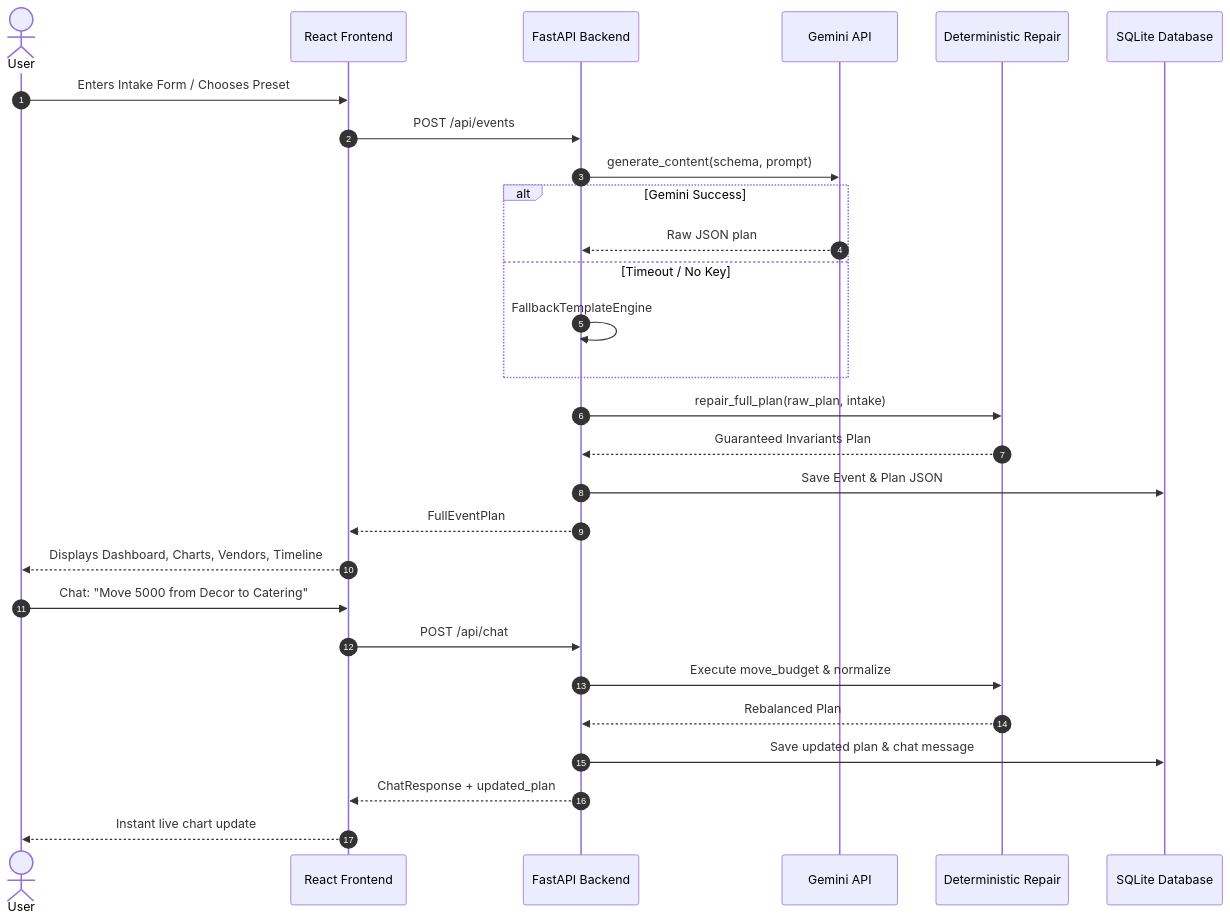
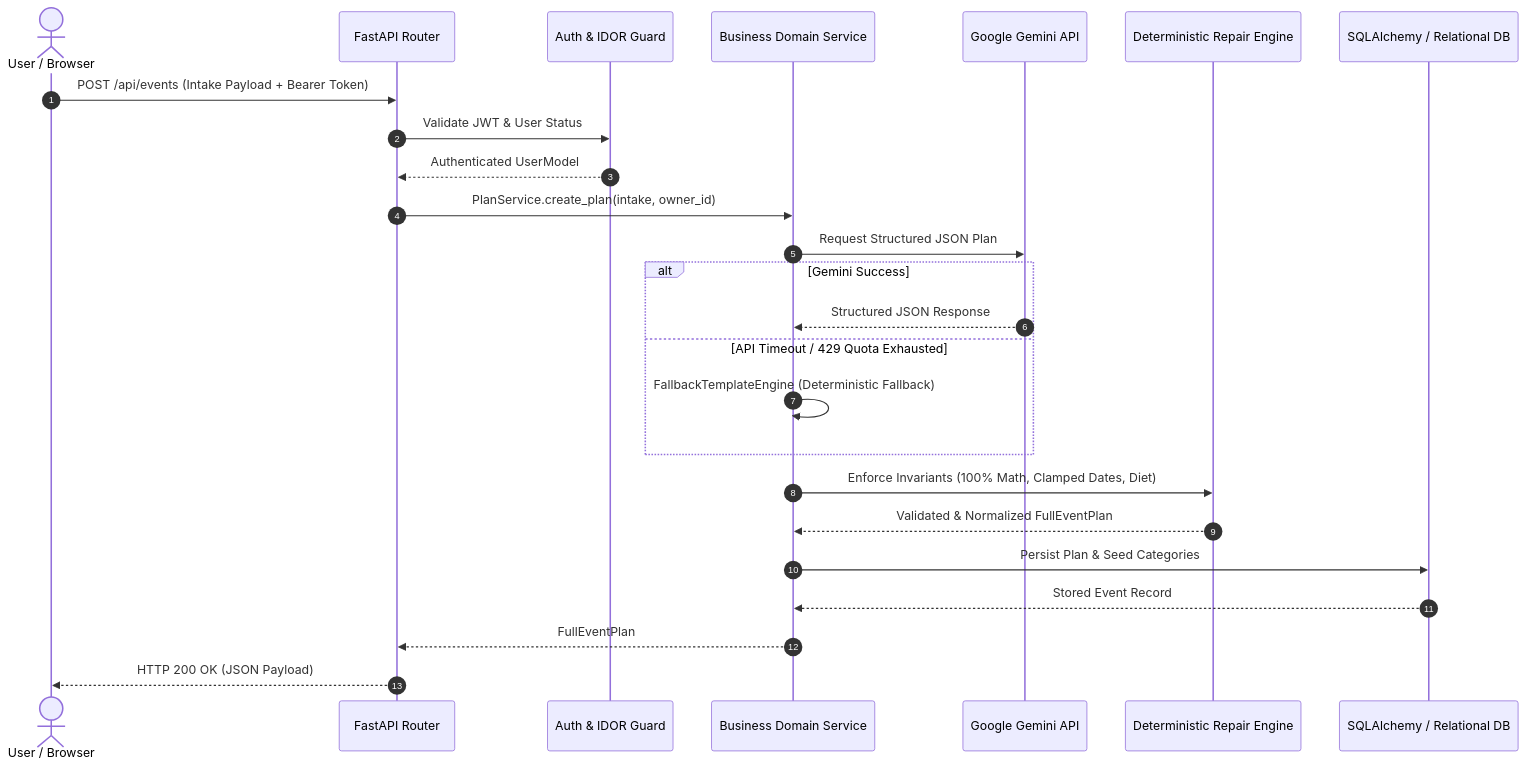
One commit to agshukla14/Eventify-AI changed the second of 2 diagrams in ARCHITECTURE.md. Above: the diagram before and after it, drawn with Mermaid. The commit also changed other lines of this file and 76 other files, not shown here.

````diff
--- a/ARCHITECTURE.md
+++ b/ARCHITECTURE.md
@@ -108,31 +166,28 @@
 ```mermaid
 sequenceDiagram
     autonumber
-    actor User
-    participant Frontend as React Frontend
-    participant API as FastAPI Backend
-    participant Gemini as Gemini API
-    participant Guard as Deterministic Repair
-    participant DB as SQLite Database
+    actor User as User / Browser
+    participant Gateway as FastAPI Router
+    participant Auth as Auth & IDOR Guard
+    participant Service as Business Domain Service
+    participant Gemini as Google Gemini API
+    participant Guard as Deterministic Repair Engine
+    participant DB as SQLAlchemy / Relational DB
 
-    User->>Frontend: Enters Intake Form / Chooses Preset
-    Frontend->>API: POST /api/events
-    API->>Gemini: generate_content(schema, prompt)
+    User->>Gateway: POST /api/events (Intake Payload + Bearer Token)
+    Gateway->>Auth: Validate JWT & User Status
+    Auth-->>Gateway: Authenticated UserModel
+    Gateway->>Service: PlanService.create_plan(intake, owner_id)
+    Service->>Gemini: Request Structured JSON Plan
     alt Gemini Success
-        Gemini-->>API: Raw JSON plan
-    else Timeout / No Key
-        API->>API: FallbackTemplateEngine
+        Gemini-->>Service: Structured JSON Response
+    else API Timeout / 429 Quota Exhausted
+        Service->>Service: FallbackTemplateEngine (Deterministic Fallback)
     end
-    API->>Guard: repair_full_plan(raw_plan, intake)
-    Guard-->>API: Guaranteed Invariants Plan
-    API->>DB: Save Event & Plan JSON
-    API-->>Frontend: FullEventPlan
-    Frontend-->>User: Displays Dashboard, Charts, Vendors, Timeline
-    User->>Frontend: Chat: "Move 5000 from Decor to Catering"
-    Frontend->>API: POST /api/chat
-    API->>Guard: Execute move_budget & normalize
-    Guard-->>API: Rebalanced Plan
-    API->>DB: Save updated plan & chat message
-    API-->>Frontend: ChatResponse + updated_plan
-    Frontend-->>User: Instant live chart update
+    Service->>Guard: Enforce Invariants (100% Math, Clamped Dates, Diet)
+    Guard-->>Service: Validated & Normalized FullEventPlan
+    Service->>DB: Persist Plan & Seed Categories
+    DB-->>Service: Stored Event Record
+    Service-->>Gateway: FullEventPlan
+    Gateway-->>User: HTTP 200 OK (JSON Payload)
 ```
````
